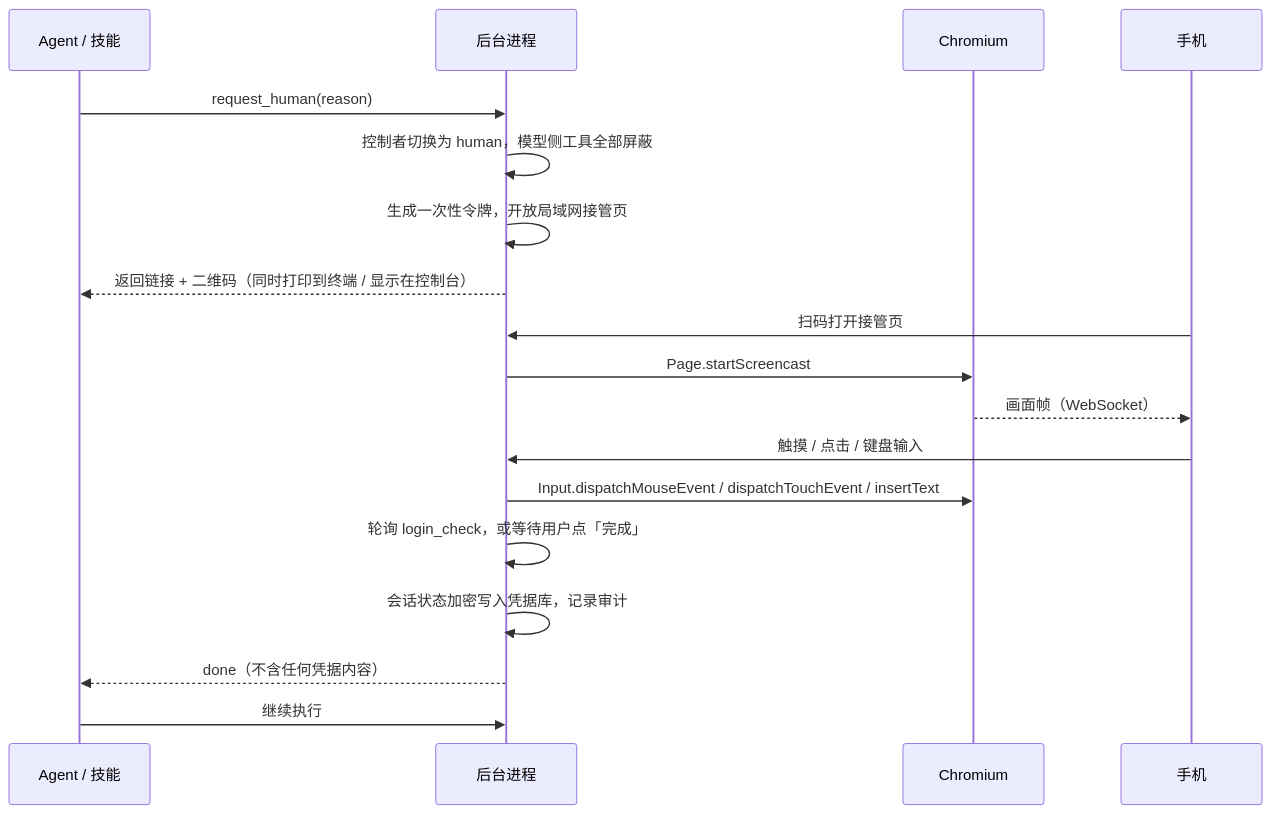
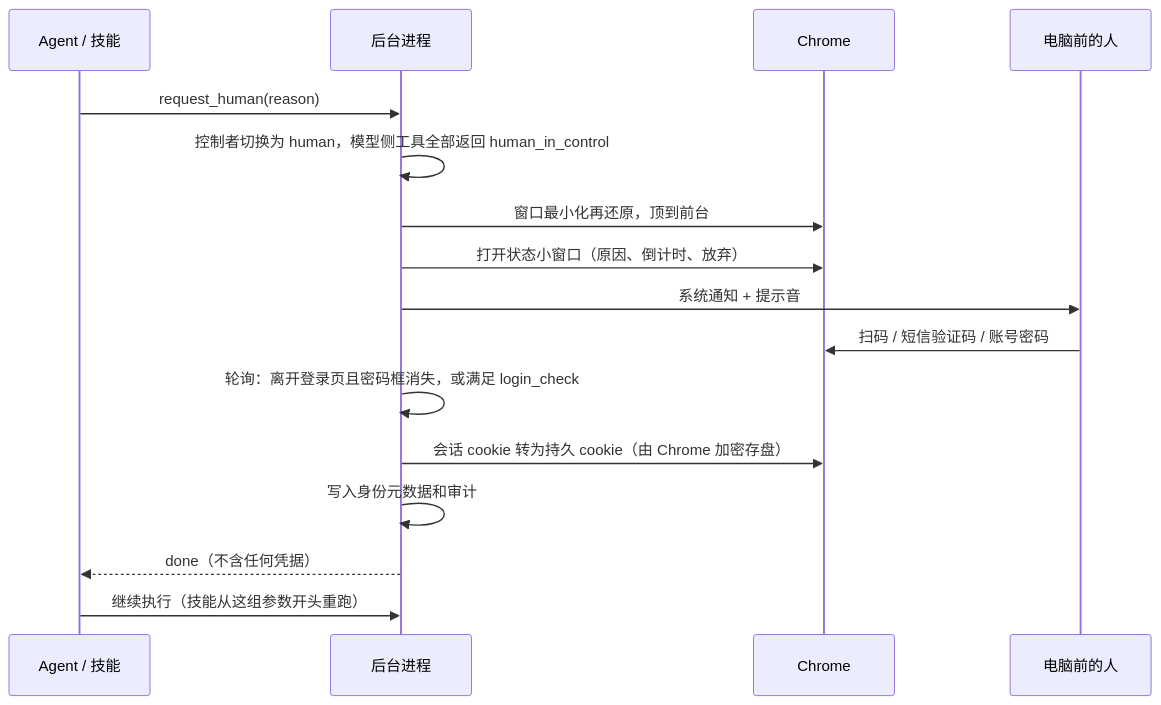
One commit to JiangnanZhang-2006/relaywright changed the third of 3 diagrams in docs/architecture.md. Above: the diagram before and after it, drawn with Mermaid. The commit also changed other lines of this file, not shown here.

First line of the commit message:
docs: handoff on the local PC, sessions persisted by Chrome

````diff
--- a/docs/architecture.md
+++ b/docs/architecture.md
@@ -233,21 +235,19 @@
 ```mermaid
 sequenceDiagram
   participant A as Agent / 技能
   participant D as 后台进程
-  participant B as Chromium
-  participant P as 手机
+  participant B as Chrome
+  participant H as 电脑前的人
 
   A->>D: request_human(reason)
-  D->>D: 控制者切换为 human，模型侧工具全部屏蔽
-  D->>D: 生成一次性令牌，开放局域网接管页
-  D-->>A: 返回链接 + 二维码（同时打印到终端 / 显示在控制台）
-  P->>D: 扫码打开接管页
-  D->>B: Page.startScreencast
-  B-->>P: 画面帧（WebSocket）
-  P->>D: 触摸 / 点击 / 键盘输入
-  D->>B: Input.dispatchMouseEvent / dispatchTouchEvent / insertText
-  D->>D: 轮询 login_check，或等待用户点「完成」
-  D->>D: 会话状态加密写入凭据库，记录审计
-  D-->>A: done（不含任何凭据内容）
-  A->>D: 继续执行
+  D->>D: 控制者切换为 human，模型侧工具全部返回 human_in_control
+  D->>B: 窗口最小化再还原，顶到前台
+  D->>B: 打开状态小窗口（原因、倒计时、放弃）
+  D->>H: 系统通知 + 提示音
+  H->>B: 扫码 / 短信验证码 / 账号密码
+  D->>D: 轮询：离开登录页且密码框消失，或满足 login_check
+  D->>B: 会话 cookie 转为持久 cookie（由 Chrome 加密存盘）
+  D->>D: 写入身份元数据和审计
+  D-->>A: done（不含任何凭据）
+  A->>D: 继续执行（技能从这组参数开头重跑）
 ```
````
